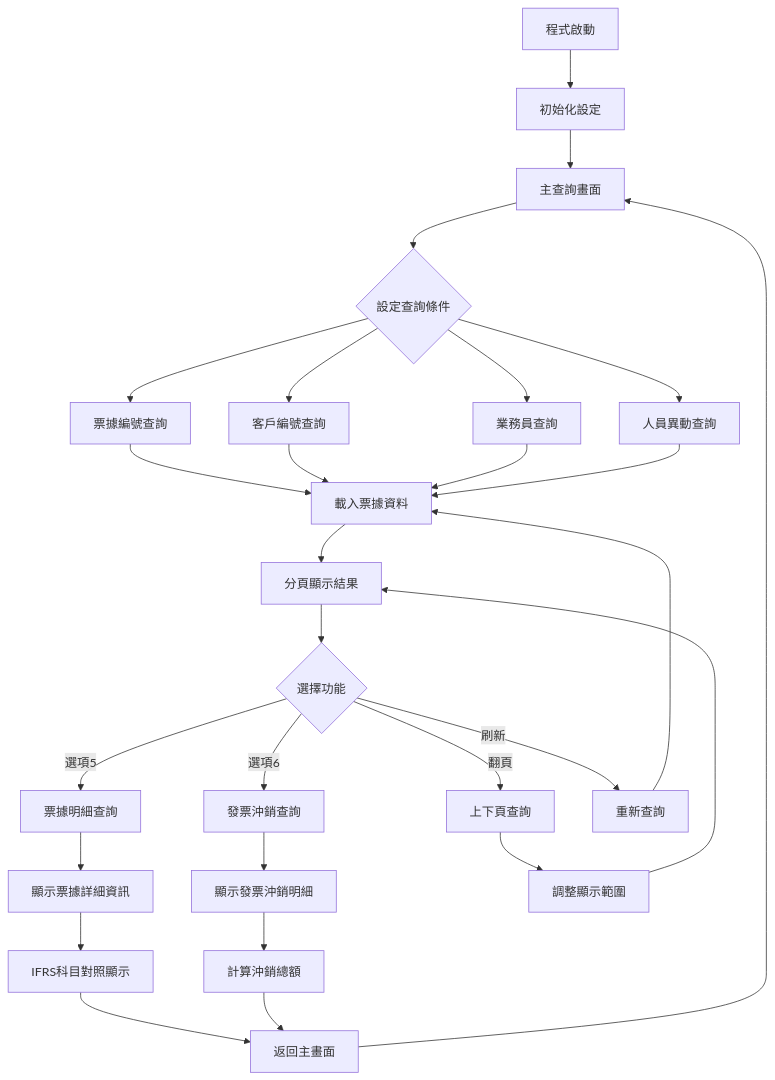
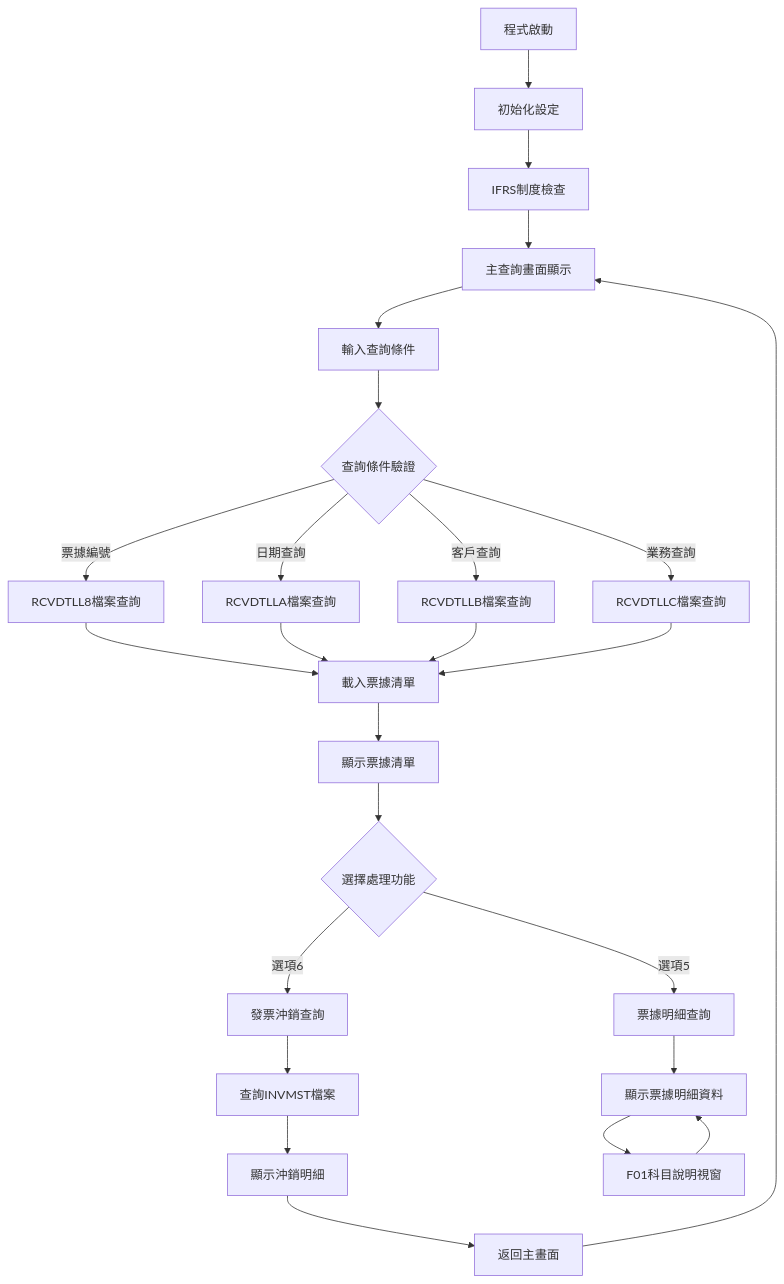
One commit to WK195838/tongkang changed the first of 3 diagrams in 東鋼/規格書/ARE038R_P02.md. Above: the diagram before and after it, drawn with Mermaid. The commit also changed other lines of this file and 1 other file, not shown here.

````diff
--- a/東鋼/規格書/ARE038R_P02.md
+++ b/東鋼/規格書/ARE038R_P02.md
@@ -22,37 +22,33 @@
 ```mermaid
 flowchart TD
     A[程式啟動] --> B[初始化設定]
-    B --> C[主查詢畫面]
-    C --> D{設定查詢條件}
+    B --> C[IFRS制度檢查]
+    C --> D[主查詢畫面顯示]
+    D --> E[輸入查詢條件]
     
-    D --> E[票據編號查詢]
-    D --> F[客戶編號查詢]
-    D --> G[業務員查詢]
-    D --> H[人員異動查詢]
+    E --> F{查詢條件驗證}
+    F -->|票據編號| G[RCVDTLL8檔案查詢]
+    F -->|日期查詢| H[RCVDTLLA檔案查詢]
+    F -->|客戶查詢| I[RCVDTLLB檔案查詢]
+    F -->|業務查詢| J[RCVDTLLC檔案查詢]
     
-    E --> I[載入票據資料]
-    F --> I
-    G --> I
-    H --> I
+    G --> K[載入票據清單]
+    H --> K
+    I --> K
+    J --> K
     
-    I --> J[分頁顯示結果]
-    J --> K{選擇功能}
+    K --> L[顯示票據清單]
+    L --> M{選擇處理功能}
     
-    K -->|選項5| L[票據明細查詢]
-    K -->|選項6| M[發票沖銷查詢]
-    K -->|翻頁| N[上下頁查詢]
-    K -->|刷新| O[重新查詢]
+    M -->|選項5| N[票據明細查詢]
+    M -->|選項6| O[發票沖銷查詢]
     
-    L --> P[顯示票據詳細資訊]
-    M --> Q[顯示發票沖銷明細]
-    N --> R[調整顯示範圍]
-    O --> I
+    N --> P[顯示票據明細資料]
+    O --> Q[查詢INVMST檔案]
+    Q --> R[顯示沖銷明細]
     
-    P --> S[IFRS科目對照顯示]
-    Q --> T[計算沖銷總額]
-    R --> J
-    
-    S --> U[返回主畫面]
-    T --> U
-    U --> C
+    P --> S[F01科目說明視窗]
+    R --> T[返回主畫面]
+    S --> P
+    T --> D
 ```
````
